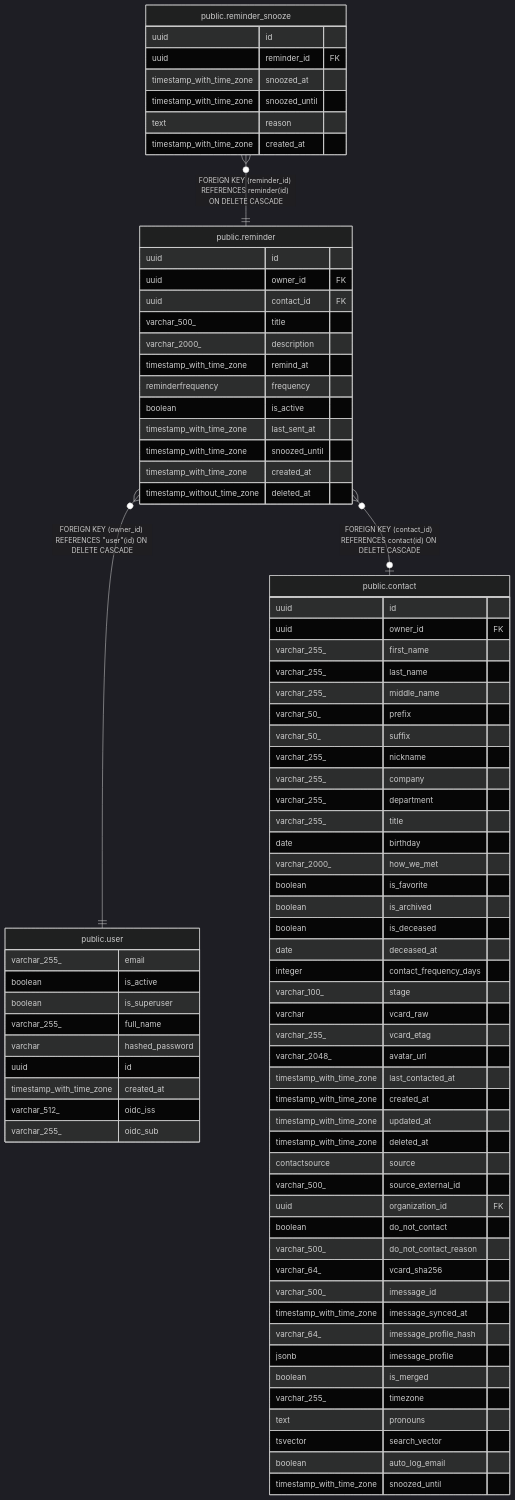
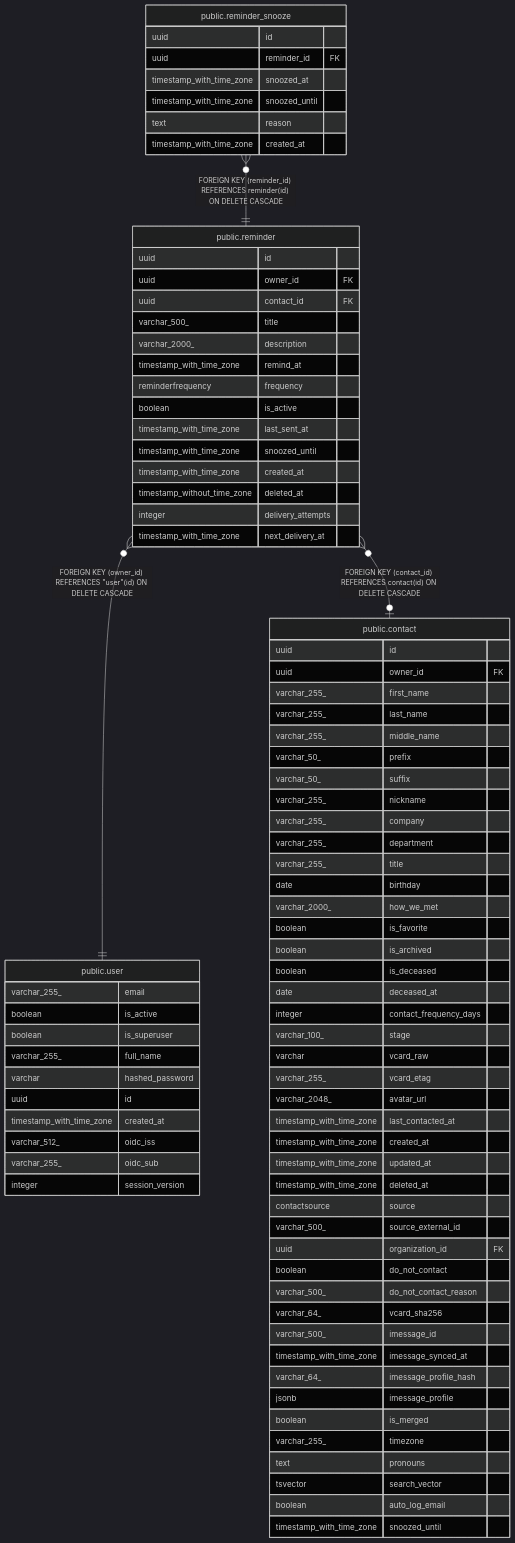
One commit to pike00/Kindred changed the diagram in docs/db/public.reminder.md. Above: the diagram before and after it, drawn with Mermaid (dark theme). The commit also changed other lines of this file and 1036 other files, not shown here.

```diff
--- a/docs/db/public.reminder.md
+++ b/docs/db/public.reminder.md
@@ -69,6 +72,8 @@
   timestamp_with_time_zone snoozed_until
   timestamp_with_time_zone created_at
   timestamp_without_time_zone deleted_at
+  integer delivery_attempts
+  timestamp_with_time_zone next_delivery_at
 }
 "public.reminder_snooze" {
   uuid id
@@ -88,6 +93,7 @@
   timestamp_with_time_zone created_at
   varchar_512_ oidc_iss
   varchar_255_ oidc_sub
+  integer session_version
 }
 "public.contact" {
   uuid id
```
